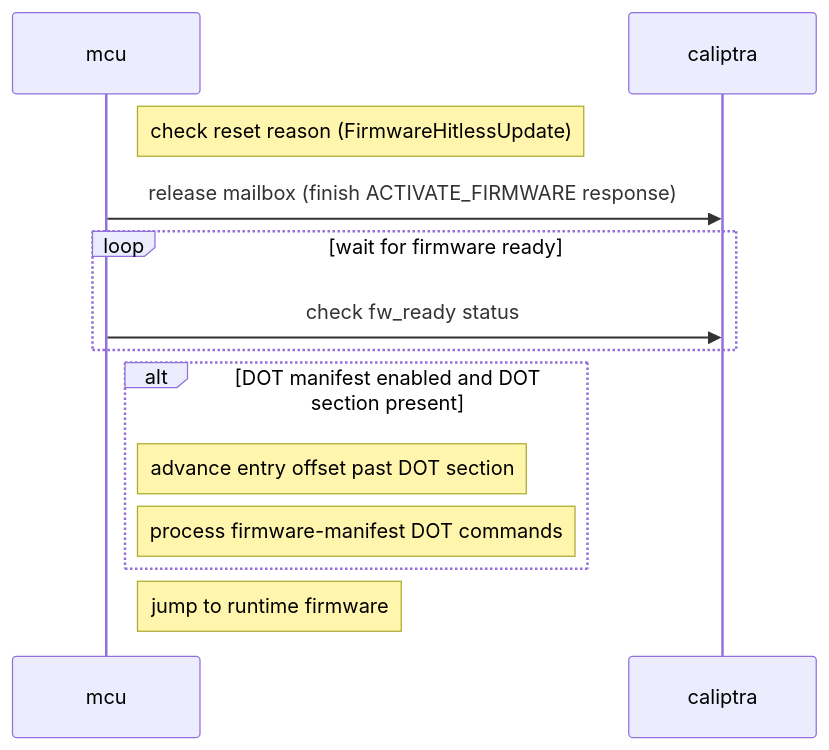
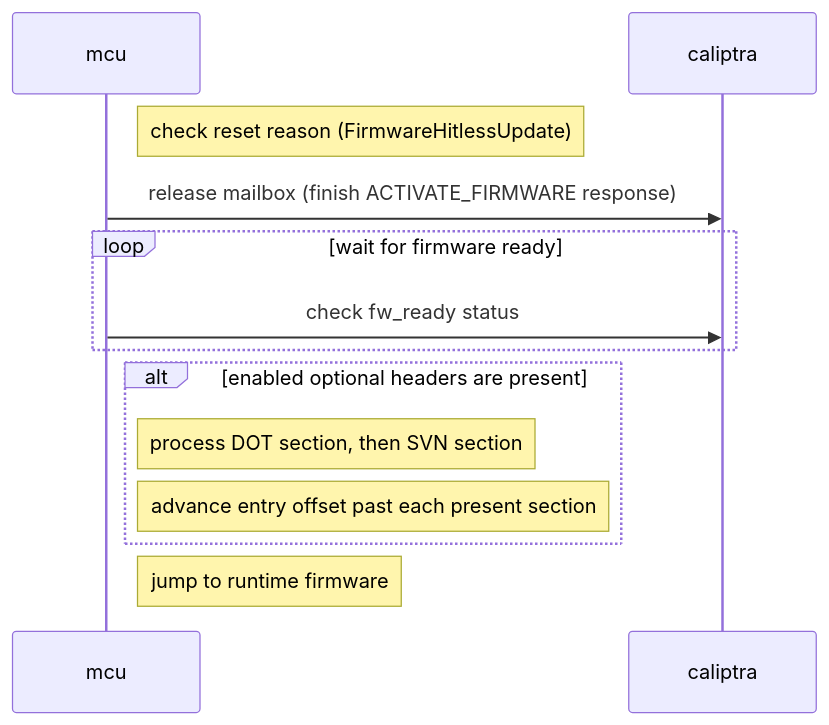
One commit to chipsalliance/caliptra-mcu-sw changed the third of 4 diagrams in docs/src/rom.md. Above: the diagram before and after it, drawn with Mermaid. The commit also changed other lines of this file and 7 other files, not shown here.

````diff
--- a/docs/src/rom.md
+++ b/docs/src/rom.md
@@ -181,13 +180,13 @@
 ```mermaid
 sequenceDiagram
     note right of mcu: check reset reason (FirmwareHitlessUpdate)
     mcu->>caliptra: release mailbox (finish ACTIVATE_FIRMWARE response)
     loop wait for firmware ready
         mcu->>caliptra: check fw_ready status
     end
-    alt DOT manifest enabled and DOT section present
-        note right of mcu: advance entry offset past DOT section
-        note right of mcu: process firmware-manifest DOT commands
+    alt enabled optional headers are present
+        note right of mcu: process DOT section, then SVN section
+        note right of mcu: advance entry offset past each present section
     end
     note right of mcu: jump to runtime firmware
 ```
````
